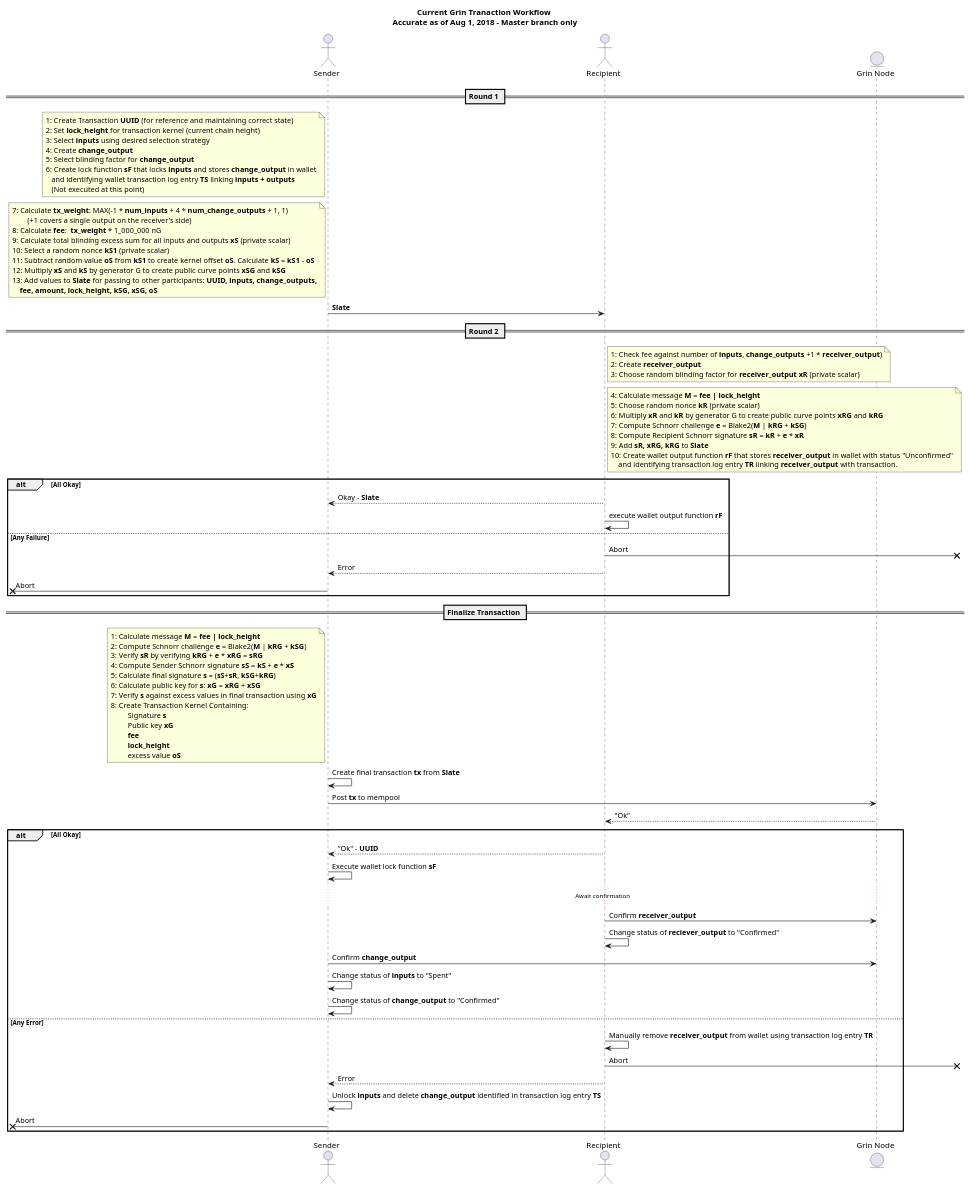
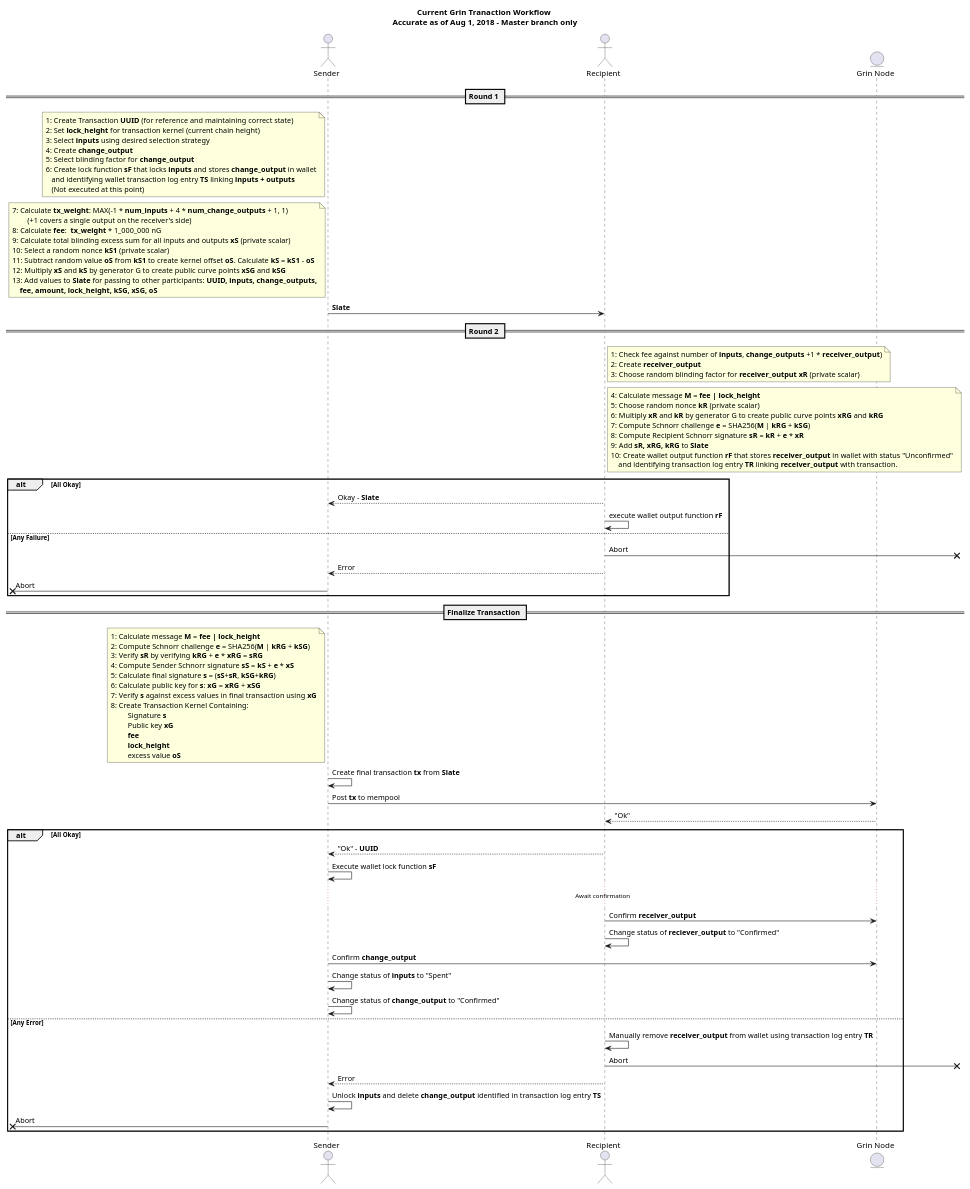
The diagram in doc/wallet/transaction/basic-transaction-wf.puml (mimblewimble/grin), drawn with PlantUML before and after one commit. The commit also changed 2 other files, not shown here.

```diff
--- a/doc/wallet/transaction/basic-transaction-wf.puml
+++ b/doc/wallet/transaction/basic-transaction-wf.puml
@@ -1,97 +1,97 @@
 @startuml grin-transaction
 
 title 
 **Current Grin Tranaction Workflow** 
 Accurate as of Aug 1, 2018 - Master branch only
 end title
 
 actor "Sender" as sender
 actor "Recipient" as recipient
 entity "Grin Node" as grin_node
 
 == Round 1 ==
 
 note left of sender
 	1: Create Transaction **UUID** (for reference and maintaining correct state)
 	2: Set **lock_height** for transaction kernel (current chain height)
 	3: Select **inputs** using desired selection strategy
 	4: Create **change_output** 
 	5: Select blinding factor for **change_output**
 	6: Create lock function **sF** that locks **inputs** and stores **change_output** in wallet
 	   and identifying wallet transaction log entry **TS** linking **inputs + outputs**
 	   (Not executed at this point)
 end note
 note left of sender
 	7: Calculate **tx_weight**: MAX(-1 * **num_inputs** + 4 * **num_change_outputs** + 1, 1)
 		(+1 covers a single output on the receiver's side)
 	8: Calculate **fee**:  **tx_weight** * 1_000_000 nG
 	9: Calculate total blinding excess sum for all inputs and outputs **xS** (private scalar)
 	10: Select a random nonce **kS1** (private scalar)
 	11: Subtract random value **oS** from **kS1** to create kernel offset **oS**. Calculate **kS** = **kS1** - **oS**
 	12: Multiply **xS** and **kS** by generator G to create public curve points **xSG** and **kSG**
 	13: Add values to **Slate** for passing to other participants: **UUID, inputs, change_outputs,**
 	    **fee, amount, lock_height, kSG, xSG, oS**
 end note
 sender -> recipient: **Slate**
 == Round 2 ==
 note right of recipient
 	1: Check fee against number of **inputs**, **change_outputs** +1 * **receiver_output**)
 	2: Create **receiver_output**
 	3: Choose random blinding factor for **receiver_output** **xR** (private scalar)
 end note
 note right of recipient
 	4: Calculate message **M** = **fee | lock_height **
 	5: Choose random nonce **kR** (private scalar)
 	6: Multiply **xR** and **kR** by generator G to create public curve points **xRG** and **kRG**
-	7: Compute Schnorr challenge **e** = Blake2(**M** | **kRG** + **kSG**)
+	7: Compute Schnorr challenge **e** = SHA256(**M** | **kRG** + **kSG**)
 	8: Compute Recipient Schnorr signature **sR** = **kR** + **e** * **xR**
 	9: Add **sR, xRG, kRG** to **Slate**
 	10: Create wallet output function **rF** that stores **receiver_output** in wallet with status "Unconfirmed"
 	    and identifying transaction log entry **TR** linking **receiver_output** with transaction.
 end note
 alt All Okay
 recipient --> sender: Okay - **Slate**
 recipient -> recipient: execute wallet output function **rF**
 else Any Failure
 recipient ->x]: Abort
 recipient --> sender: Error
 [x<- sender: Abort
 end
 == Finalize Transaction ==
 note left of sender
 	1: Calculate message **M** = **fee | lock_height **
-	2: Compute Schnorr challenge **e** = Blake2(**M** | **kRG** + **kSG**)
+	2: Compute Schnorr challenge **e** = SHA256(**M** | **kRG** + **kSG**)
 	3: Verify **sR** by verifying **kRG** + **e** * **xRG** = **sRG**
 	4: Compute Sender Schnorr signature **sS** = **kS** + **e** * **xS**
 	5: Calculate final signature **s** = (**sS**+**sR**, **kSG**+**kRG**)
 	6: Calculate public key for **s**: **xG** = **xRG** + **xSG**
 	7: Verify **s** against excess values in final transaction using **xG**
 	8: Create Transaction Kernel Containing:
 		 Signature **s**
 		 Public key **xG**
 		 **fee**
 		 **lock_height**
 		 excess value **oS**
 end note
 sender -> sender: Create final transaction **tx** from **Slate**
 sender -> grin_node: Post **tx** to mempool
 grin_node --> recipient: "Ok"
 alt All Okay
 recipient --> sender: "Ok" - **UUID**
 sender -> sender: Execute wallet lock function **sF**
 ...Await confirmation...
 recipient -> grin_node: Confirm **receiver_output**
 recipient -> recipient: Change status of **reciever_output** to "Confirmed"
 sender -> grin_node: Confirm **change_output**
 sender -> sender: Change status of **inputs** to "Spent"
 sender -> sender: Change status of **change_output** to "Confirmed"
 else Any Error
 recipient -> recipient: Manually remove **receiver_output** from wallet using transaction log entry **TR**
 recipient ->x]: Abort
 recipient --> sender: Error
 sender -> sender: Unlock **inputs** and delete **change_output** identified in transaction log entry **TS**
 [x<- sender: Abort
 end
 
 
 @enduml
```
